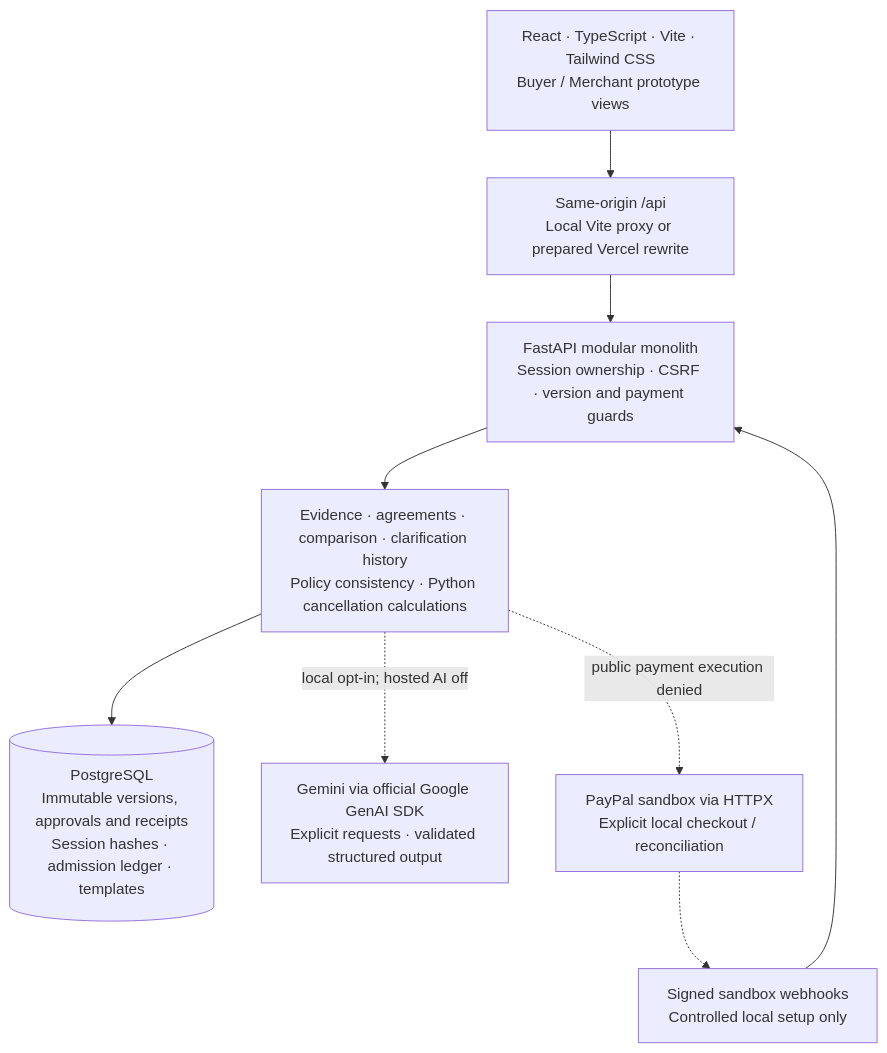
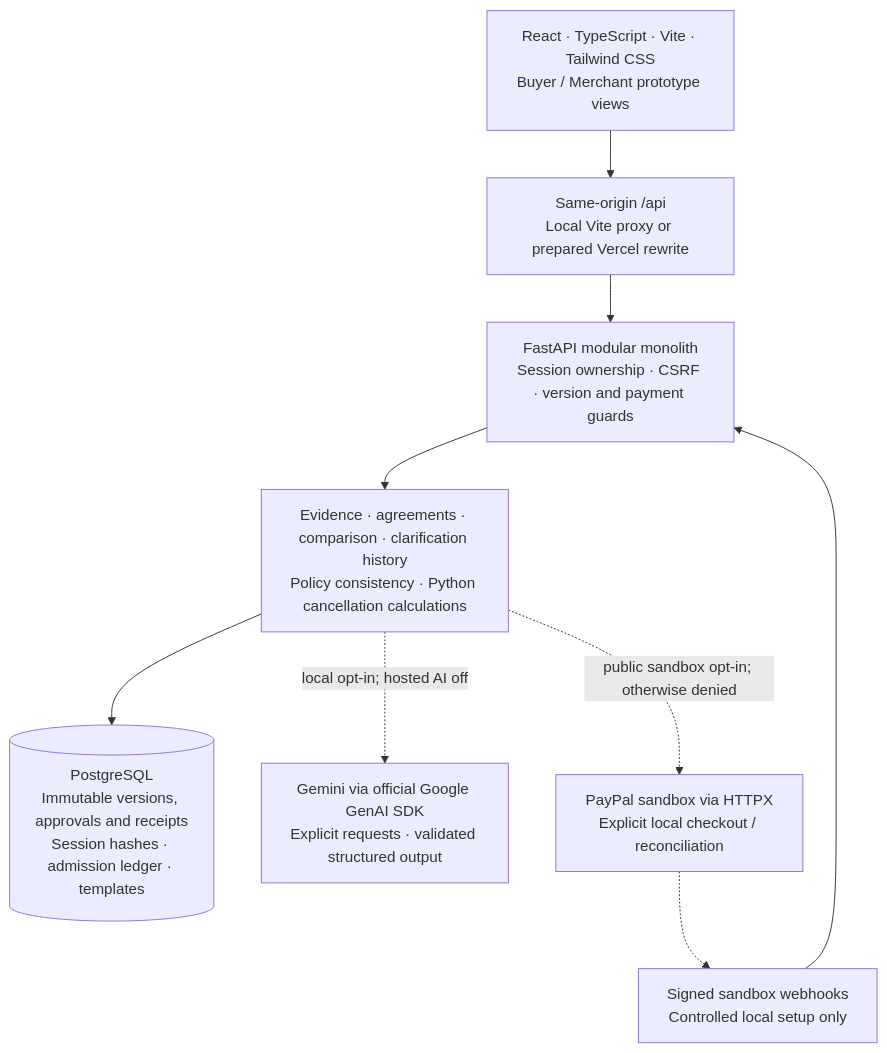
One commit to Ishmeet482/BeforePay changed the diagram in README.md. Above: the diagram before and after it, drawn with Mermaid. The commit also changed other lines of this file and 15 other files, not shown here.

````diff
--- a/README.md
+++ b/README.md
@@ -51,16 +51,16 @@
 ```mermaid
 flowchart TB
     Browser["React · TypeScript · Vite · Tailwind CSS<br/>Buyer / Merchant prototype views"]
     Proxy["Same-origin /api<br/>Local Vite proxy or prepared Vercel rewrite"]
     API["FastAPI modular monolith<br/>Session ownership · CSRF · version and payment guards"]
     Services["Evidence · agreements · comparison · clarification history<br/>Policy consistency · Python cancellation calculations"]
     DB[("PostgreSQL<br/>Immutable versions, approvals and receipts<br/>Session hashes · admission ledger · templates")]
     Gemini["Gemini via official Google GenAI SDK<br/>Explicit requests · validated structured output"]
     PayPal["PayPal sandbox via HTTPX<br/>Explicit local checkout / reconciliation"]
     Webhook["Signed sandbox webhooks<br/>Controlled local setup only"]
     Browser --> Proxy --> API --> Services
     Services --> DB
     Services -. "local opt-in; hosted AI off" .-> Gemini
-    Services -. "public payment execution denied" .-> PayPal
+    Services -. "public sandbox opt-in; otherwise denied" .-> PayPal
     PayPal -.-> Webhook --> API
 ```
````
